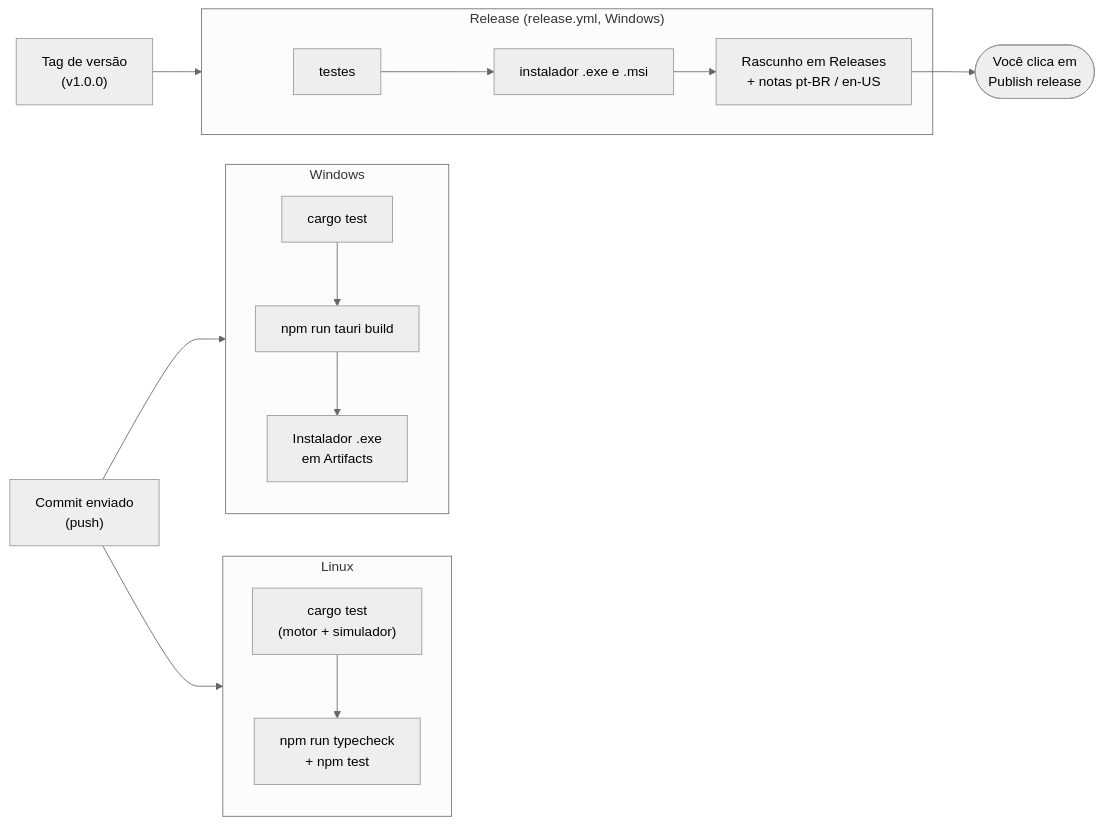
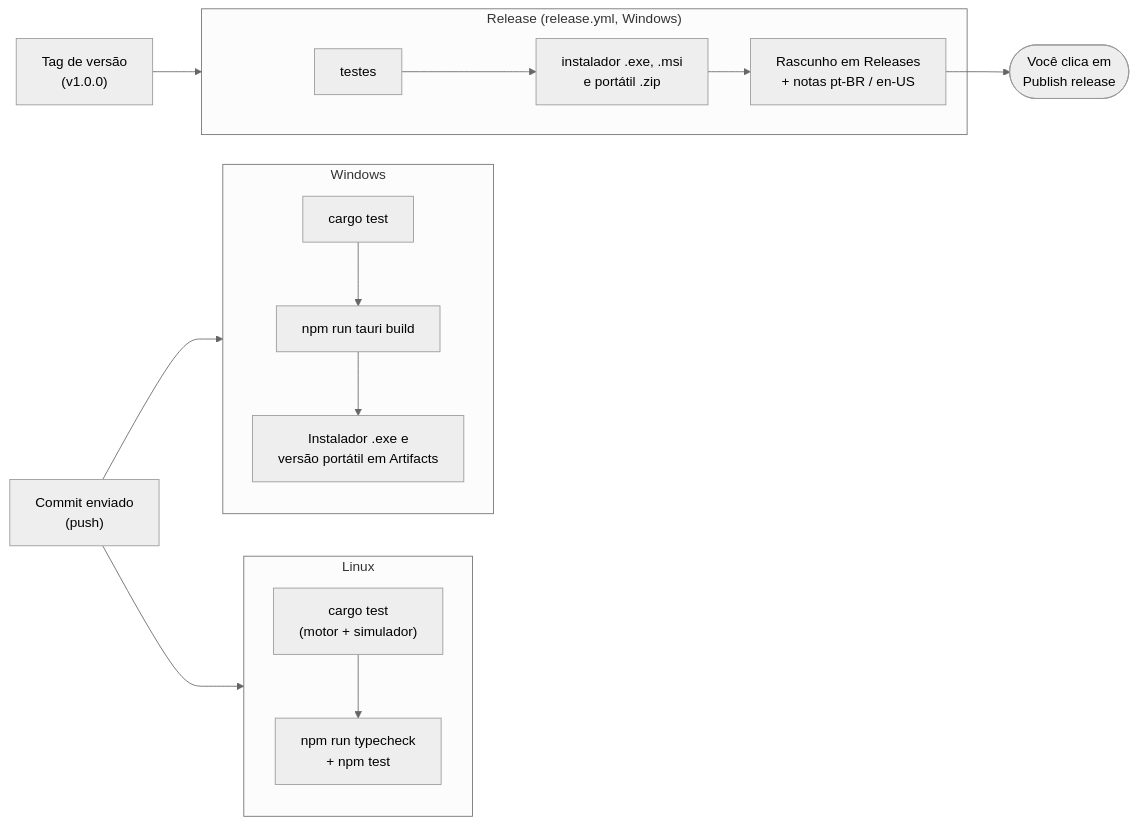
Diagram 11 of 11 in docs/DIAGRAMAS.md (samuvieceli/obd2-scanner), drawn with Mermaid (neutral theme) before and after one commit. The commit also changed other lines of this file and 19 other files, not shown here.

First line of the commit message:
Versão portátil: roda sem instalar, dados ao lado do programa

````diff
--- a/docs/DIAGRAMAS.md
+++ b/docs/DIAGRAMAS.md
@@ -268,15 +280,15 @@
 ```mermaid
 flowchart LR
     push["Commit enviado<br/>(push)"] --> linux & windows
     subgraph linux["Linux"]
         core["cargo test<br/>(motor + simulador)"] --> ts["npm run typecheck<br/>+ npm test"]
     end
     subgraph windows["Windows"]
-        wtest["cargo test"] --> build["npm run tauri build"] --> nsis["Instalador .exe<br/>em Artifacts"]
+        wtest["cargo test"] --> build["npm run tauri build"] --> nsis["Instalador .exe e<br/>versão portátil em Artifacts"]
     end
     tag["Tag de versão<br/>(v1.0.0)"] --> rel
     subgraph rel["Release (release.yml, Windows)"]
-        rtest["testes"] --> rbuild["instalador .exe e .msi"] --> draft["Rascunho em Releases<br/>+ notas pt-BR / en-US"]
+        rtest["testes"] --> rbuild["instalador .exe, .msi<br/>e portátil .zip"] --> draft["Rascunho em Releases<br/>+ notas pt-BR / en-US"]
     end
     draft --> pub(["Você clica em<br/>Publish release"])
 ```
````
